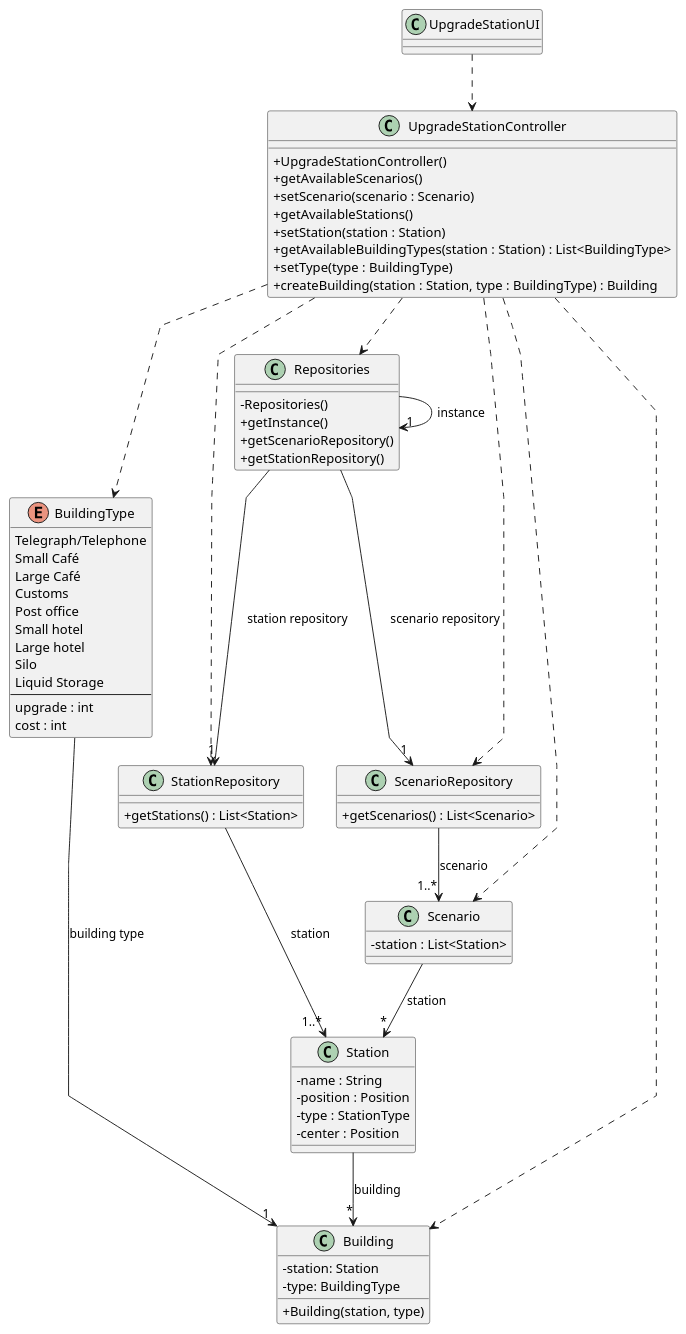
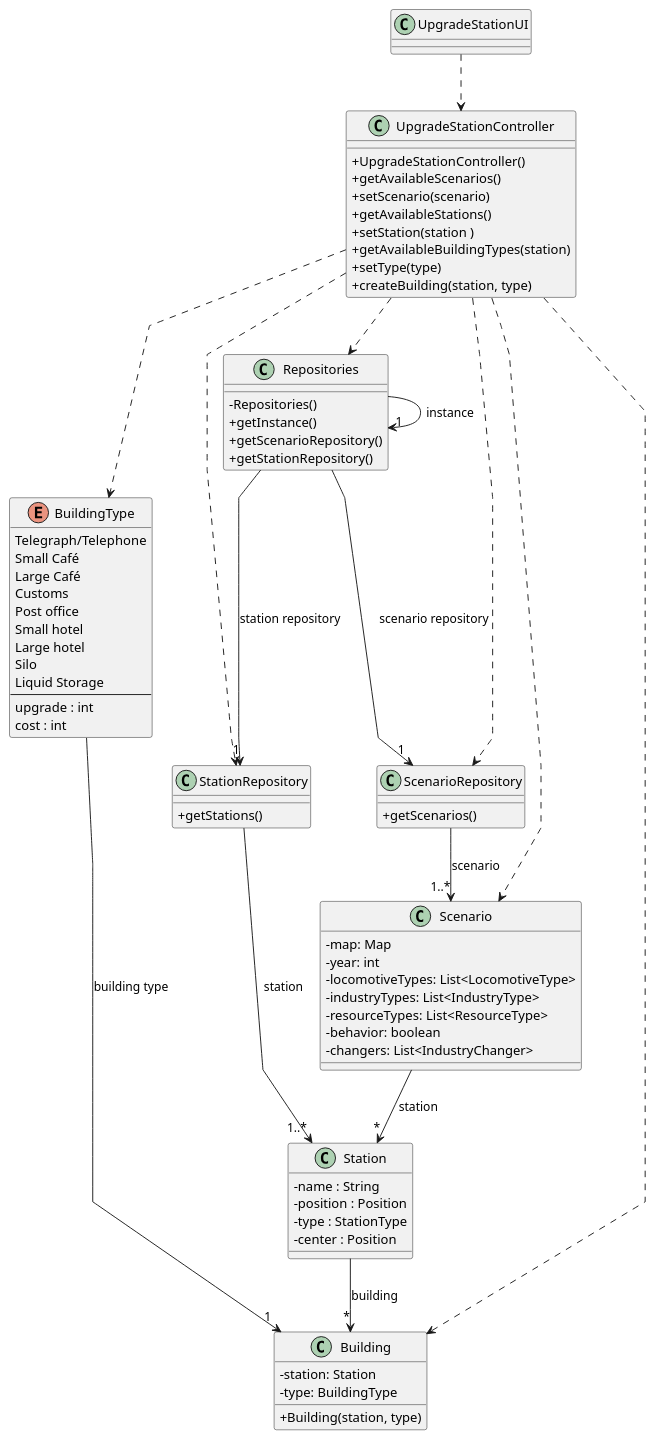
The diagram in Sprint2/US006/03.design/puml/US006-CD.puml (1240935/pi2-railway-simulator), drawn with PlantUML before and after one commit. The commit also changed 32 other files, not shown here.

```diff
--- a/Sprint2/US006/03.design/puml/US006-CD.puml
+++ b/Sprint2/US006/03.design/puml/US006-CD.puml
@@ -1,92 +1,98 @@
 @startuml
 'skinparam monochrome true
 skinparam packageStyle rectangle
 skinparam shadowing false
 skinparam linetype polyline
 'skinparam linetype orto
 
 skinparam classAttributeIconSize 0
 
 'left to right direction
 
 class UpgradeStationUI {
 }
 
 class UpgradeStationController {
     + UpgradeStationController()
     + getAvailableScenarios()
-    + setScenario(scenario : Scenario)
+    + setScenario(scenario)
     + getAvailableStations()
-    + setStation(station : Station)
-    + getAvailableBuildingTypes(station : Station) : List<BuildingType>
-    + setType(type : BuildingType)
-    + createBuilding(station : Station, type : BuildingType) : Building
+    + setStation(station )
+    + getAvailableBuildingTypes(station)
+    + setType(type)
+    + createBuilding(station, type)
 }
 
 class ScenarioRepository {
-    + getScenarios() : List<Scenario>
+    + getScenarios()
 }
 
 class StationRepository {
-    + getStations() : List<Station>
+    + getStations()
 }
 
 class Repositories {
     - Repositories()
     + getInstance()
     + getScenarioRepository()
     + getStationRepository()
 }
 
 enum BuildingType {
     Telegraph/Telephone
     Small Café
     Large Café
     Customs
     Post office
     Small hotel
     Large hotel
     Silo
     Liquid Storage
     --
     upgrade : int
     cost : int
 }
 
 class Building {
     -station: Station
     -type: BuildingType
     + Building(station, type)
 }
 
 class Station{
     -name : String
     -position : Position
     -type : StationType
     -center : Position
 }
 
 class Scenario{
-   -station : List<Station>
+   -map: Map
+   -year: int
+   -locomotiveTypes: List<LocomotiveType>
+   -industryTypes: List<IndustryType>
+   -resourceTypes: List<ResourceType>
+   -behavior: boolean
+   -changers: List<IndustryChanger>
 }
 
 
 ' Relationships
 UpgradeStationUI ..> UpgradeStationController
 UpgradeStationController ..> Repositories
 UpgradeStationController ..> ScenarioRepository
 UpgradeStationController ..> StationRepository
 UpgradeStationController ..> BuildingType
 UpgradeStationController ..> Building
 UpgradeStationController ..> Scenario
 ScenarioRepository --> "1..*" Scenario  : scenario
 StationRepository --> "1..*" Station  : station
 Scenario --> "*" Station : station
 Station --> "*" Building : building
 Repositories --> "1" ScenarioRepository : scenario repository
 Repositories -> "1" Repositories : instance
 Repositories --> "1" StationRepository : station repository
 BuildingType --> "1" Building : building type
 
 
 @enduml
```
